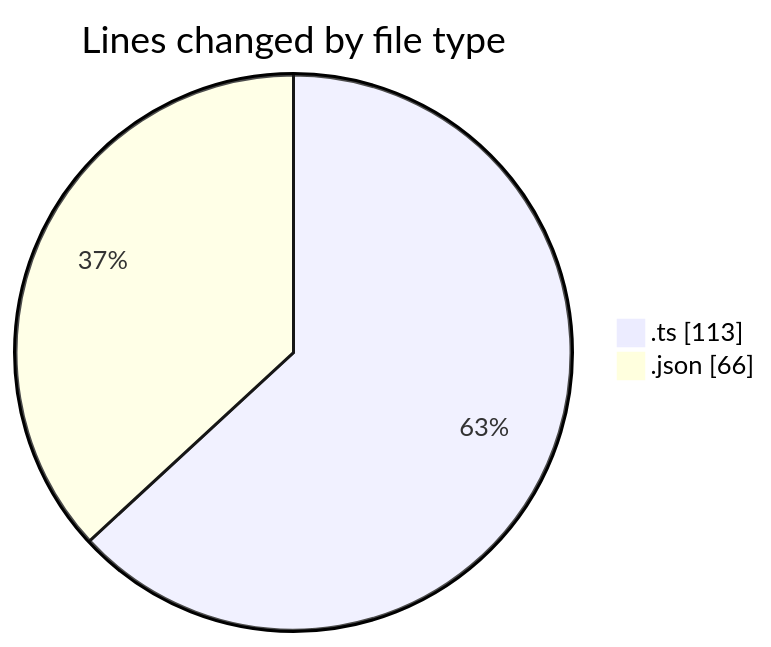
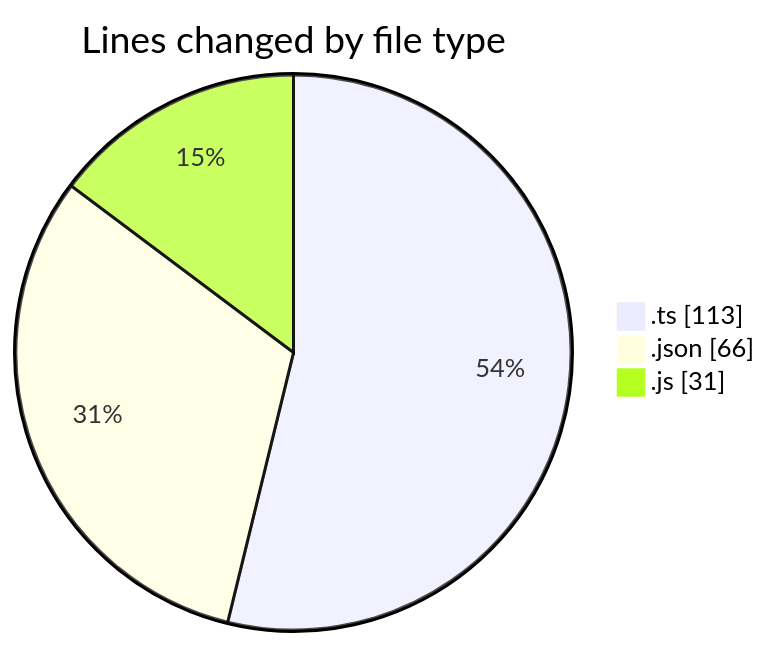
One commit to tmsrecording-cyber/code-tracking changed the first of 2 diagrams in 2026-02-05/singularitybrainai/README.md. Above: the diagram before and after it, drawn with Mermaid. The commit also changed other lines of this file and 1 other file, not shown here.

````diff
--- a/2026-02-05/singularitybrainai/README.md
+++ b/2026-02-05/singularitybrainai/README.md
@@ -22,6 +23,7 @@
 ```mermaid
 pie showData
 title Lines changed by file type
 ".ts" : 113
 ".json" : 66
+".js" : 31
 ```
````
